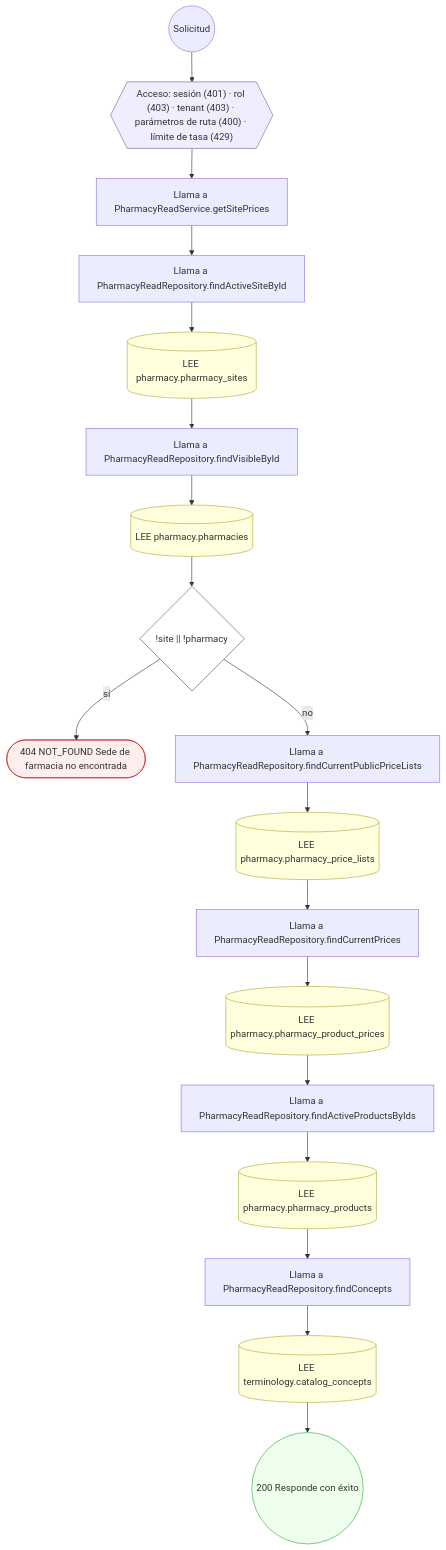
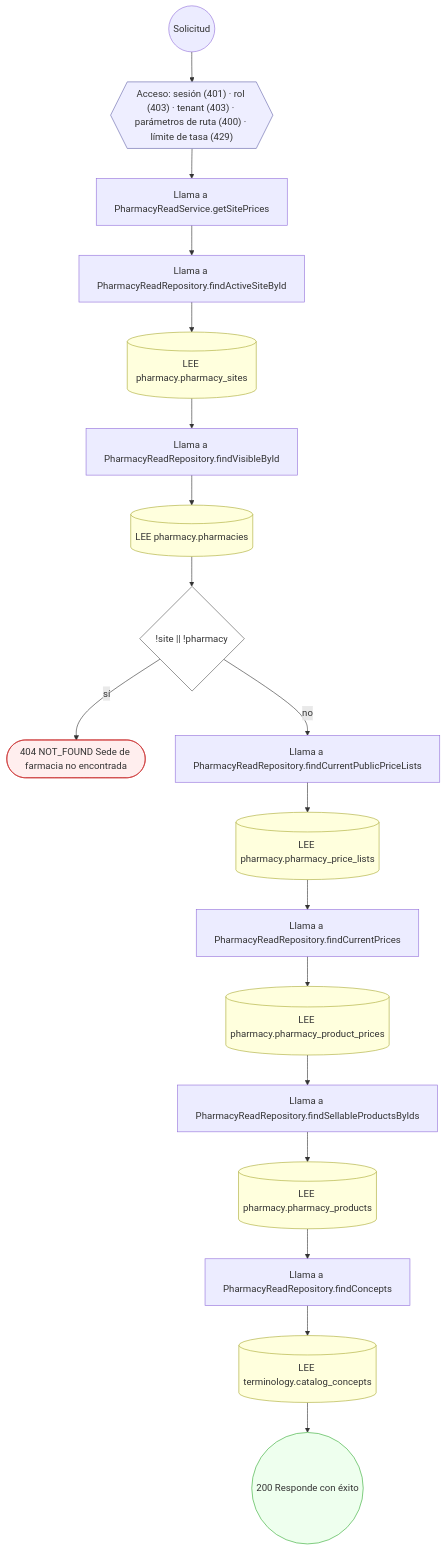
Before and after one commit to mdavila-2001/mantra-core-health-api: diagram 27 of 29 in docs/inventario/flujos/pharmacy.md, drawn with Mermaid. The commit also changed other lines of this file and 205 other files, not shown here.

````diff
--- a/docs/inventario/flujos/pharmacy.md
+++ b/docs/inventario/flujos/pharmacy.md
@@ -1417,44 +2140,44 @@
 ```mermaid
 flowchart TD
   n1(("Solicitud")):::inicio
   n2{{"Acceso: sesión (401) · rol (403) · tenant (403) · parámetros de ruta (400) · límite de tasa (429)"}}:::acceso
   n1 --> n2
   n3["Llama a PharmacyReadService.getSitePrices"]:::llamada
   n2 --> n3
   n4["Llama a PharmacyReadRepository.findActiveSiteById"]:::llamada
   n3 --> n4
   n5[("LEE pharmacy.pharmacy_sites")]:::efecto
   n4 --> n5
   n6["Llama a PharmacyReadRepository.findVisibleById"]:::llamada
   n5 --> n6
   n7[("LEE pharmacy.pharmacies")]:::efecto
   n6 --> n7
   n8{"!site || !pharmacy"}:::decision
   n7 --> n8
   n9(["404 NOT_FOUND Sede de farmacia no encontrada"]):::error
   n8 -->|"sí"| n9
   n10["Llama a PharmacyReadRepository.findCurrentPublicPriceLists"]:::llamada
   n8 -->|"no"| n10
   n11[("LEE pharmacy.pharmacy_price_lists")]:::efecto
   n10 --> n11
   n12["Llama a PharmacyReadRepository.findCurrentPrices"]:::llamada
   n11 --> n12
   n13[("LEE pharmacy.pharmacy_product_prices")]:::efecto
   n12 --> n13
-  n14["Llama a PharmacyReadRepository.findActiveProductsByIds"]:::llamada
+  n14["Llama a PharmacyReadRepository.findSellableProductsByIds"]:::llamada
   n13 --> n14
   n15[("LEE pharmacy.pharmacy_products")]:::efecto
   n14 --> n15
   n16["Llama a PharmacyReadRepository.findConcepts"]:::llamada
   n15 --> n16
   n17[("LEE terminology.catalog_concepts")]:::efecto
   n16 --> n17
   n18(("200 Responde con éxito")):::ok
   n17 --> n18
   classDef acceso fill:#eef,stroke:#66a
   classDef error fill:#fee,stroke:#c33
   classDef ok fill:#efe,stroke:#3a3
   classDef efecto fill:#ffd,stroke:#aa3
   classDef decision fill:#fff,stroke:#555
   classDef corte fill:#eee,stroke:#999,stroke-dasharray: 4
 ```
````
